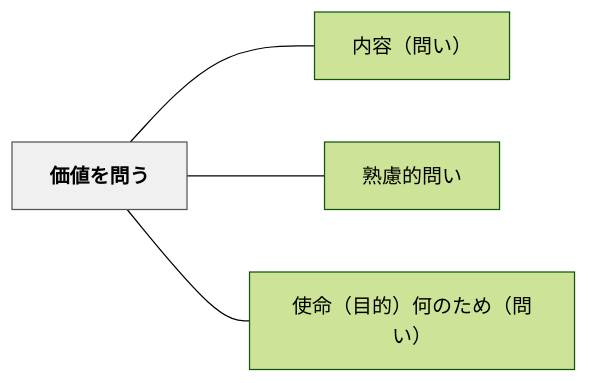
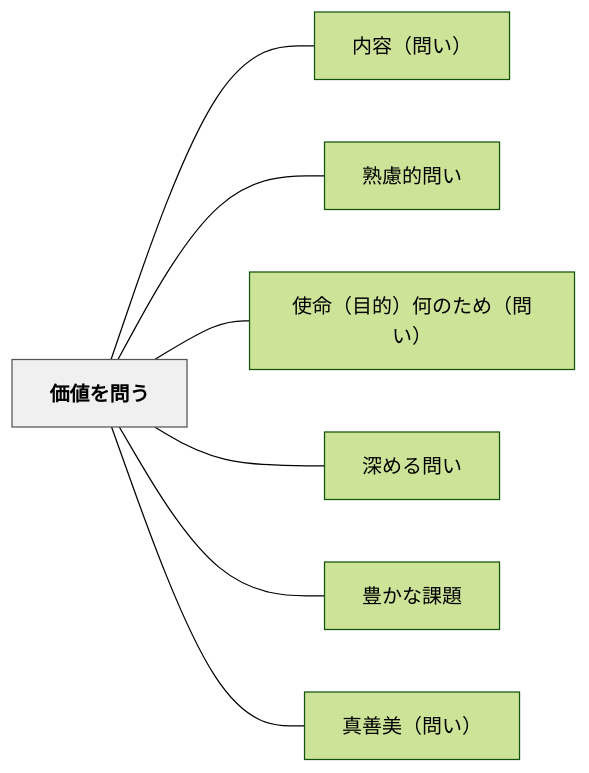
One commit to unknownthings-ed-patterns/unknownthings-ed-patterns changed the diagram in content/パタン/価値を問う.md. Above: the diagram before and after it, drawn with Mermaid (forest theme). The commit also changed other lines of this file and 71 other files, not shown here.

````diff
--- a/content/パタン/価値を問う.md
+++ b/content/パタン/価値を問う.md
@@ -40,14 +43,20 @@
 ```mermaid
 flowchart LR
     ne4bea1e580a4e38292e5958fe38186["価値を問う"]
     ne58685e5aeb9efbc88e5958fe38184efbc89["内容（問い）"]
     ne7869fe685aee79a84e5958fe38184["熟慮的問い"]
     ne4bdbfe591bdefbc88e79baee79a84efbc89e4bd95e381aee3819fe38281efbc88e5958fe38184efbc89["使命（目的）何のため（問い）"]
+    ne6b7b1e38281e3828be5958fe38184["深める問い"]
+    ne8b18ae3818be381aae8aab2e9a18c["豊かな課題"]
+    ne79c9fe59684e7be8eefbc88e5958fe38184efbc89["真善美（問い）"]
 
     ne4bea1e580a4e38292e5958fe38186 --- ne58685e5aeb9efbc88e5958fe38184efbc89
     ne4bea1e580a4e38292e5958fe38186 --- ne7869fe685aee79a84e5958fe38184
     ne4bea1e580a4e38292e5958fe38186 --- ne4bdbfe591bdefbc88e79baee79a84efbc89e4bd95e381aee3819fe38281efbc88e5958fe38184efbc89
+    ne4bea1e580a4e38292e5958fe38186 --- ne6b7b1e38281e3828be5958fe38184
+    ne4bea1e580a4e38292e5958fe38186 --- ne8b18ae3818be381aae8aab2e9a18c
+    ne4bea1e580a4e38292e5958fe38186 --- ne79c9fe59684e7be8eefbc88e5958fe38184efbc89
 
     classDef hub fill:#f0f0f0,stroke:#555,color:#000,font-weight:bold
     class ne4bea1e580a4e38292e5958fe38186 hub
 ```
````
